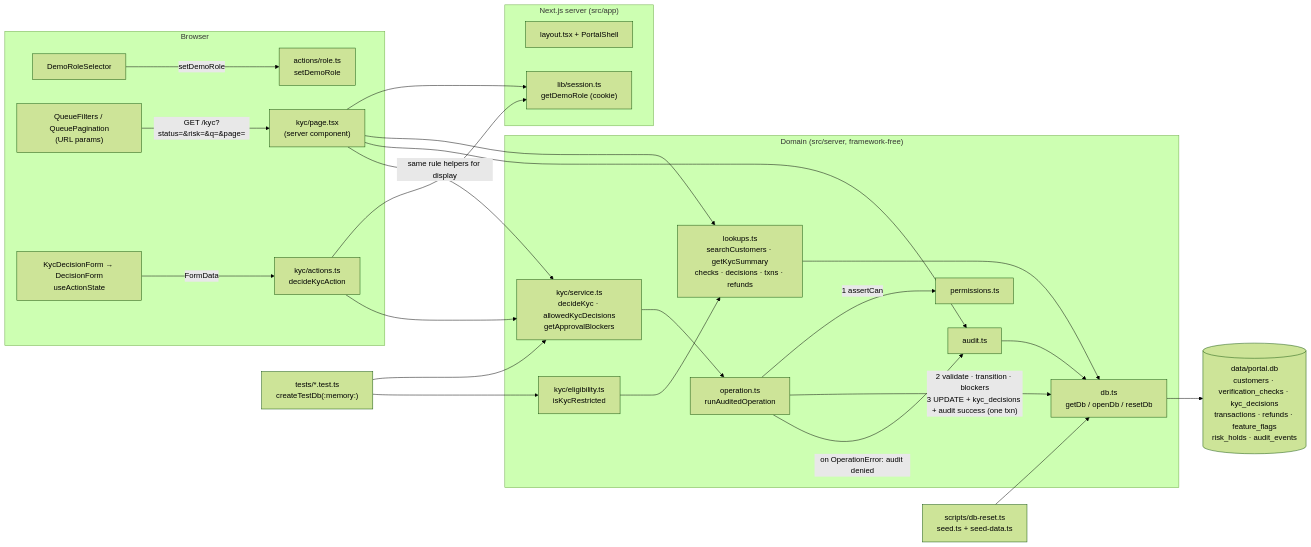
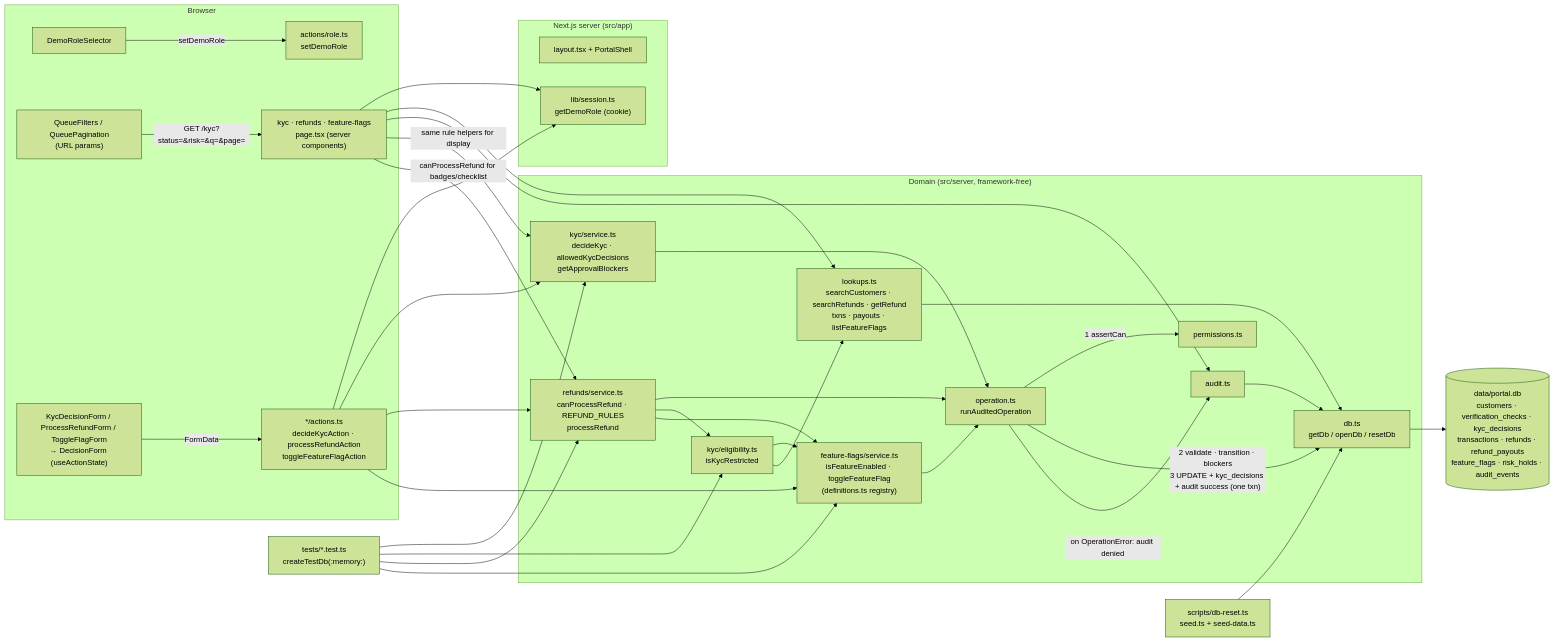
Before and after one commit to preyat/devinDemo: the diagram in docs/architecture.md, drawn with Mermaid (forest theme). The commit also changed other lines of this file and 31 other files, not shown here.

First line of the commit message:
Add Refunds Dashboard and Feature Flag Administration (Session 2)

````diff
--- a/docs/architecture.md
+++ b/docs/architecture.md
@@ -6,46 +6,58 @@
 ```mermaid
 flowchart LR
   subgraph Browser
     Sel[DemoRoleSelector] -->|setDemoRole| RoleAct
     Filters["QueueFilters / QueuePagination<br/>(URL params)"] -->|GET /kyc?status=&risk=&q=&page=| Page
-    Form["KycDecisionForm → DecisionForm<br/>useActionState"] -->|FormData| KycAct
+    Form["KycDecisionForm / ProcessRefundForm / ToggleFlagForm<br/>→ DecisionForm (useActionState)"] -->|FormData| Acts
   end
 
   subgraph "Next.js server (src/app)"
     Layout[layout.tsx + PortalShell]
-    Page["kyc/page.tsx<br/>(server component)"]
-    KycAct["kyc/actions.ts<br/>decideKycAction"]
+    Page["kyc · refunds · feature-flags<br/>page.tsx (server components)"]
+    Acts["*/actions.ts<br/>decideKycAction · processRefundAction<br/>toggleFeatureFlagAction"]
     RoleAct["actions/role.ts<br/>setDemoRole"]
     Session["lib/session.ts<br/>getDemoRole (cookie)"]
   end
 
   subgraph "Domain (src/server, framework-free)"
     Svc["kyc/service.ts<br/>decideKyc · allowedKycDecisions<br/>getApprovalBlockers"]
     Elig["kyc/eligibility.ts<br/>isKycRestricted"]
+    Ref["refunds/service.ts<br/>canProcessRefund · REFUND_RULES<br/>processRefund"]
+    Flags["feature-flags/service.ts<br/>isFeatureEnabled · toggleFeatureFlag<br/>(definitions.ts registry)"]
     Op["operation.ts<br/>runAuditedOperation"]
     Perm[permissions.ts]
-    Look["lookups.ts<br/>searchCustomers · getKycSummary<br/>checks · decisions · txns · refunds"]
+    Look["lookups.ts<br/>searchCustomers · searchRefunds · getRefund<br/>txns · payouts · listFeatureFlags"]
     Audit[audit.ts]
     DB["db.ts<br/>getDb / openDb / resetDb"]
   end
 
-  SQLite[("data/portal.db<br/>customers · verification_checks · kyc_decisions<br/>transactions · refunds · feature_flags<br/>risk_holds · audit_events")]
+  SQLite[("data/portal.db<br/>customers · verification_checks · kyc_decisions<br/>transactions · refunds · refund_payouts<br/>feature_flags · risk_holds · audit_events")]
 
   Page --> Session
   Page --> Look
   Page --> Audit
   Page -->|"same rule helpers for display"| Svc
-  KycAct --> Session
-  KycAct --> Svc
+  Page -->|"canProcessRefund for badges/checklist"| Ref
+  Acts --> Session
+  Acts --> Svc
+  Acts --> Ref
+  Acts --> Flags
   Svc --> Op
+  Ref --> Op
+  Flags --> Op
+  Ref --> Elig
+  Ref --> Flags
+  Elig --> Flags
   Op -->|1 assertCan| Perm
   Op -->|"2 validate · transition · blockers<br/>3 UPDATE + kyc_decisions + audit success (one txn)"| DB
   Op -->|on OperationError: audit denied| Audit
   Elig --> Look
   Look --> DB
   Audit --> DB
   DB --> SQLite
   Reset["scripts/db-reset.ts<br/>seed.ts + seed-data.ts"] --> DB
   Tests["tests/*.test.ts<br/>createTestDb(:memory:)"] --> Svc
   Tests --> Elig
+  Tests --> Ref
+  Tests --> Flags
 ```
````
